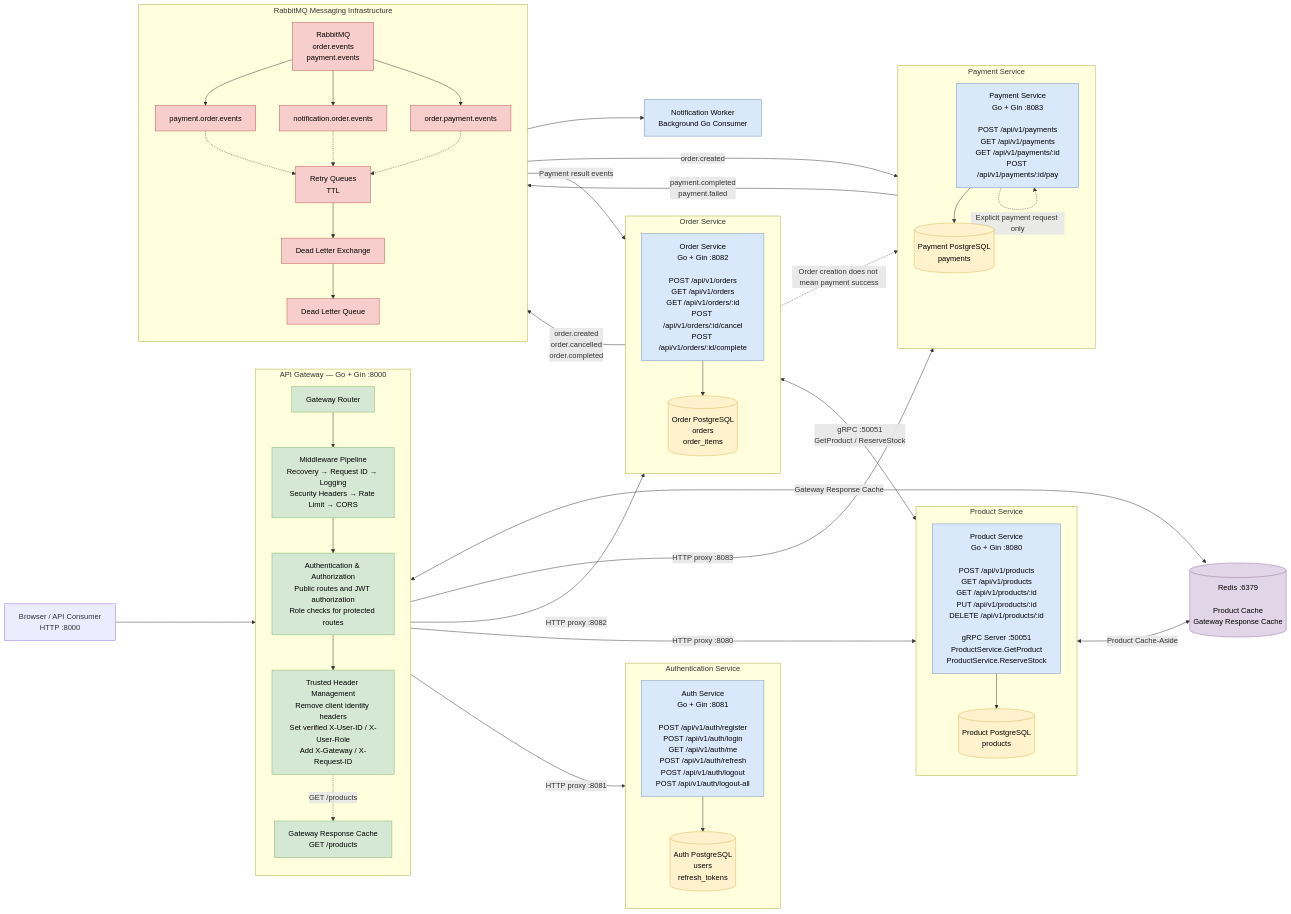
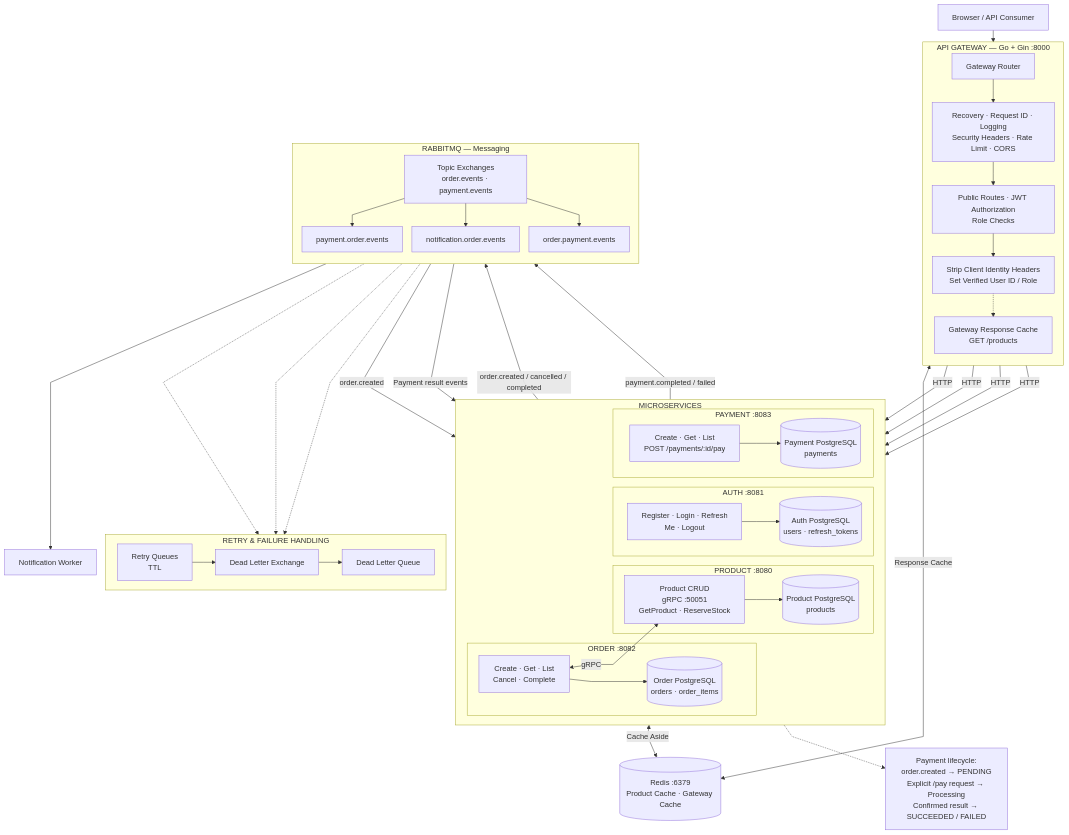
The first of 6 diagrams in README.md (Sab-429/Distributed-Scalable-Ecommerce-backend), drawn with Mermaid before and after one commit.

````diff
--- a/README.md
+++ b/README.md
@@ -30,124 +30,88 @@
 ```mermaid
-flowchart LR
-    C["Browser / API Consumer<br/>HTTP :8000"] --> GW
+%%{init: {"flowchart": {"nodeSpacing": 20, "rankSpacing": 25, "curve": "linear"}, "theme": "default"} }%%
+flowchart TB
 
-    subgraph G["API Gateway — Go + Gin :8000"]
+    C["Browser / API Consumer"] --> GW
+
+    subgraph G["API GATEWAY — Go + Gin :8000"]
         direction TB
-
         GW["Gateway Router"]
-
-        MW["Middleware Pipeline<br/>Recovery → Request ID → Logging<br/>Security Headers → Rate Limit → CORS"]
-
-        AUTHZ["Authentication & Authorization<br/>Public routes and JWT authorization<br/>Role checks for protected routes"]
-
-        HDR["Trusted Header Management<br/>Remove client identity headers<br/>Set verified X-User-ID / X-User-Role<br/>Add X-Gateway / X-Request-ID"]
-
+        MW["Recovery · Request ID · Logging<br/>Security Headers · Rate Limit · CORS"]
+        AZ["Public Routes · JWT Authorization<br/>Role Checks"]
+        HDR["Strip Client Identity Headers<br/>Set Verified User ID / Role"]
         GC["Gateway Response Cache<br/>GET /products"]
-
-        GW --> MW --> AUTHZ --> HDR
-        HDR -.->|"GET /products"| GC
+        GW --> MW --> AZ --> HDR
+        HDR -.-> GC
     end
 
-    %% Gateway to microservices
-    HDR -->|"HTTP proxy :8081"| AS
-    HDR -->|"HTTP proxy :8080"| PS
-    HDR -->|"HTTP proxy :8082"| OS
-    HDR -->|"HTTP proxy :8083"| PAY
+    subgraph S["MICROSERVICES"]
+        direction LR
 
-    %% Authentication Service
-    subgraph AUTH["Authentication Service"]
-        direction TB
-        AS["Auth Service<br/>Go + Gin :8081<br/><br/>POST /api/v1/auth/register<br/>POST /api/v1/auth/login<br/>GET /api/v1/auth/me<br/>POST /api/v1/auth/refresh<br/>POST /api/v1/auth/logout<br/>POST /api/v1/auth/logout-all"]
-        ADB[("Auth PostgreSQL<br/>users<br/>refresh_tokens")]
-        AS --> ADB
+        subgraph A["AUTH :8081"]
+            AS["Register · Login · Refresh<br/>Me · Logout"]
+            ADB[("Auth PostgreSQL<br/>users · refresh_tokens")]
+            AS --> ADB
+        end
+
+        subgraph P["PRODUCT :8080"]
+            PS["Product CRUD<br/>gRPC :50051<br/>GetProduct · ReserveStock"]
+            PDB[("Product PostgreSQL<br/>products")]
+            PS --> PDB
+        end
+
+        subgraph O["ORDER :8082"]
+            OS["Create · Get · List<br/>Cancel · Complete"]
+            ODB[("Order PostgreSQL<br/>orders · order_items")]
+            OS --> ODB
+        end
+
+        subgraph PAY["PAYMENT :8083"]
+            PY["Create · Get · List<br/>POST /payments/:id/pay"]
+            PAYDB[("Payment PostgreSQL<br/>payments")]
+            PY --> PAYDB
+        end
     end
 
-    %% Product Service
-    subgraph PRODUCT["Product Service"]
+    HDR -->|"HTTP"| AS
+    HDR -->|"HTTP"| PS
+    HDR -->|"HTTP"| OS
+    HDR -->|"HTTP"| PY
+
+    OS <-->|"gRPC"| PS
+
+    REDIS[("Redis :6379<br/>Product Cache · Gateway Cache")]
+    PS <-->|"Cache Aside"| REDIS
+    GC <-->|"Response Cache"| REDIS
+
+    subgraph M["RABBITMQ — Messaging"]
         direction TB
-        PS["Product Service<br/>Go + Gin :8080<br/><br/>POST /api/v1/products<br/>GET /api/v1/products<br/>GET /api/v1/products/:id<br/>PUT /api/v1/products/:id<br/>DELETE /api/v1/products/:id<br/><br/>gRPC Server :50051<br/>ProductService.GetProduct<br/>ProductService.ReserveStock"]
-        PDB[("Product PostgreSQL<br/>products")]
-        PS --> PDB
+        EX["Topic Exchanges<br/>order.events · payment.events"]
+
+        QP["payment.order.events"]
+        QN["notification.order.events"]
+        QO["order.payment.events"]
+
+        EX --> QP
+        EX --> QN
+        EX --> QO
     end
 
-    %% Order Service
-    subgraph ORDER["Order Service"]
-        direction TB
-        OS["Order Service<br/>Go + Gin :8082<br/><br/>POST /api/v1/orders<br/>GET /api/v1/orders<br/>GET /api/v1/orders/:id<br/>POST /api/v1/orders/:id/cancel<br/>POST /api/v1/orders/:id/complete"]
-        ODB[("Order PostgreSQL<br/>orders<br/>order_items")]
-        OS --> ODB
+    OS -->|"order.created / cancelled / completed"| EX
+    PY -->|"payment.completed / failed"| EX
+
+    QP -->|"order.created"| PY
+    QN --> NW["Notification Worker"]
+    QO -->|"Payment result events"| OS
+
+    subgraph R["RETRY & FAILURE HANDLING"]
+        direction LR
+        RQ["Retry Queues<br/>TTL"] --> DLX["Dead Letter Exchange"] --> DLQ["Dead Letter Queue"]
     end
 
-    %% Payment Service
-    subgraph PAYMENT["Payment Service"]
-        direction TB
-        PAY["Payment Service<br/>Go + Gin :8083<br/><br/>POST /api/v1/payments<br/>GET /api/v1/payments<br/>GET /api/v1/payments/:id<br/>POST /api/v1/payments/:id/pay"]
-        PAYDB[("Payment PostgreSQL<br/>payments")]
-        PAY --> PAYDB
-    end
+    QP -.-> RQ
+    QN -.-> RQ
+    QO -.-> RQ
 
-    %% gRPC communication
-    OS <-->|"gRPC :50051<br/>GetProduct / ReserveStock"| PS
-
-    %% Redis caching
-    REDIS[("Redis :6379<br/><br/>Product Cache<br/>Gateway Response Cache")]
-
-    PS <-->|"Product Cache-Aside"| REDIS
-    GC <-->|"Gateway Response Cache"| REDIS
-
-    %% RabbitMQ messaging
-    subgraph MESSAGING["RabbitMQ Messaging Infrastructure"]
-        direction TB
-
-        RMQ["RabbitMQ<br/>order.events<br/>payment.events"]
-
-        QPAY["payment.order.events"]
-        QNOTIFY["notification.order.events"]
-        QORDER["order.payment.events"]
-
-        RETRY["Retry Queues<br/>TTL"]
-        DLX["Dead Letter Exchange"]
-        DLQ["Dead Letter Queue"]
-
-        RMQ --> QPAY
-        RMQ --> QNOTIFY
-        RMQ --> QORDER
-
-        QPAY -.-> RETRY
-        QNOTIFY -.-> RETRY
-        QORDER -.-> RETRY
-
-        RETRY --> DLX --> DLQ
-    end
-
-    %% Event producers
-    OS -->|"order.created<br/>order.cancelled<br/>order.completed"| RMQ
-
-    PAY -->|"payment.completed<br/>payment.failed"| RMQ
-
-    %% Event consumers
-    QPAY -->|"order.created"| PAY
-
-    QNOTIFY --> NW["Notification Worker<br/>Background Go Consumer"]
-
-    QORDER -->|"Payment result events"| OS
-
-    %% Business event lifecycle
-    OS -.->|"Order creation does not mean payment success"| PAY
-
-    %% Important payment state rule
-    PAY -.->|"Explicit payment request only"| PAY
-
-    %% Styling
-    classDef gateway fill:#d5e8d4,stroke:#82b366,color:#000
-    classDef service fill:#dae8fc,stroke:#6c8ebf,color:#000
-    classDef database fill:#fff2cc,stroke:#d6b656,color:#000
-    classDef messaging fill:#f8cecc,stroke:#b85450,color:#000
-    classDef infrastructure fill:#e1d5e7,stroke:#9673a6,color:#000
-
-    class GW,MW,AUTHZ,HDR,GC gateway
-    class AS,PS,OS,PAY,NW service
-    class ADB,PDB,ODB,PAYDB database
-    class RMQ,QPAY,QNOTIFY,QORDER,RETRY,DLX,DLQ messaging
-    class REDIS infrastructure
+    RULE["Payment lifecycle:<br/>order.created → PENDING<br/>Explicit /pay request → Processing<br/>Confirmed result → SUCCEEDED / FAILED"]
+    PY -.-> RULE
 ```
````
